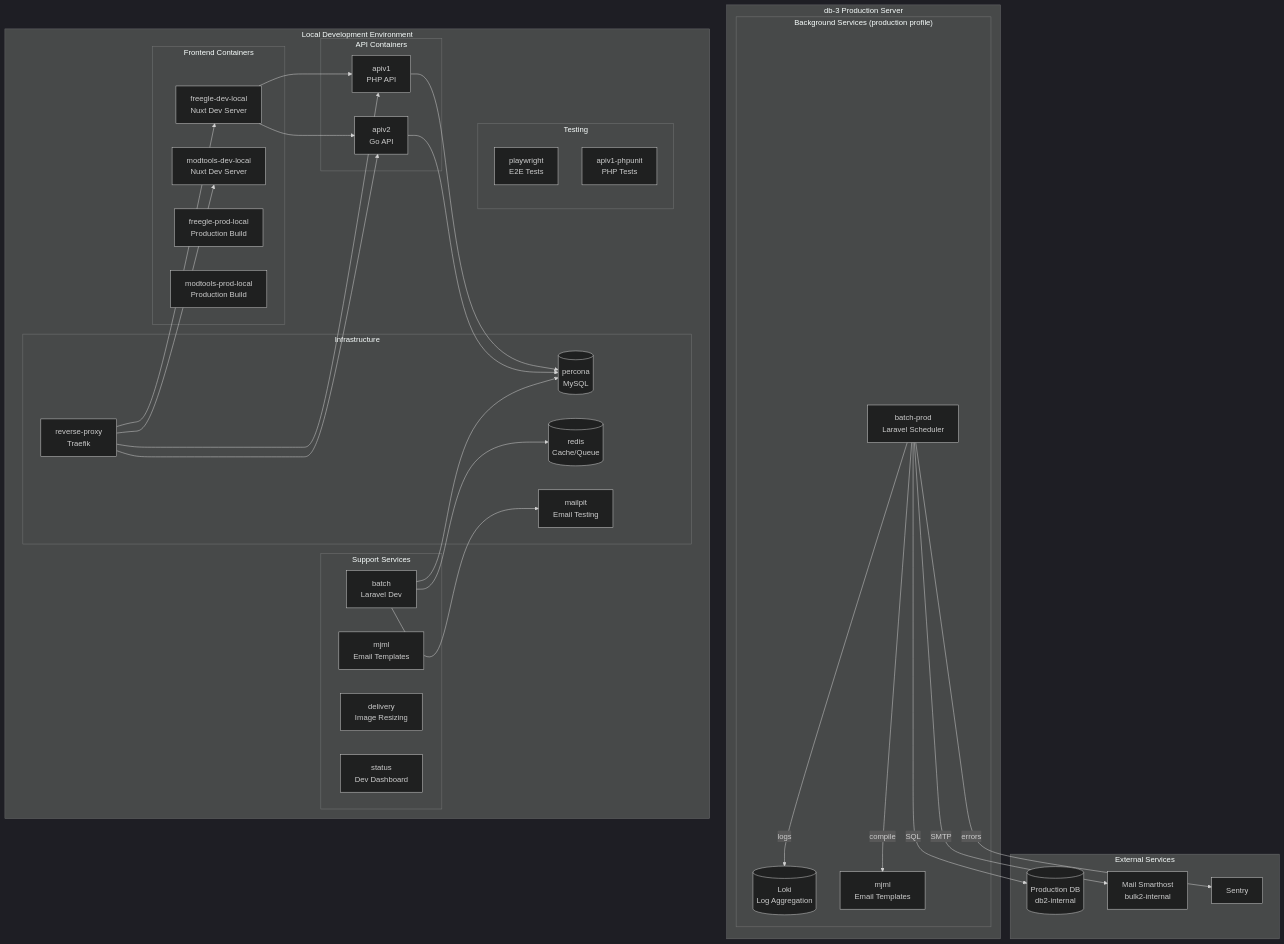
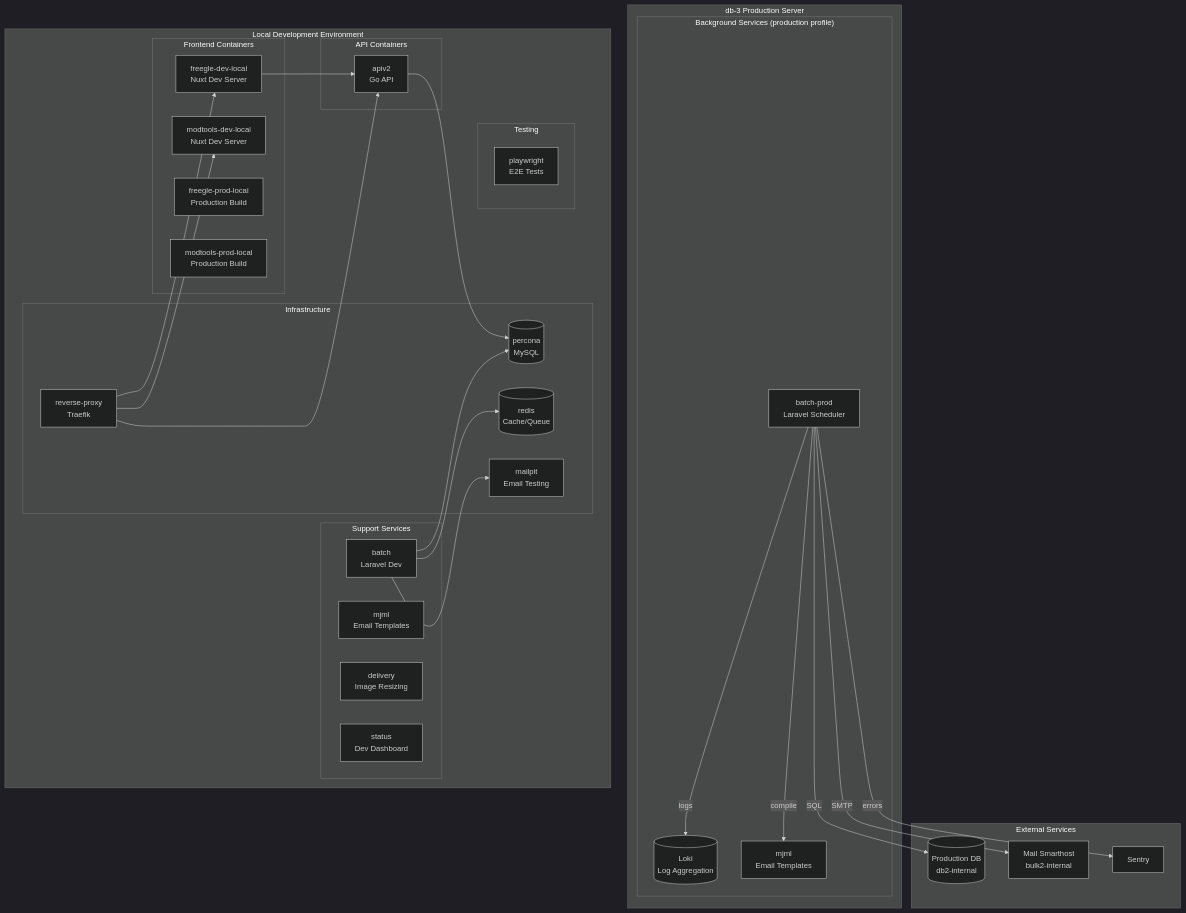
Before and after one commit to Freegle/Iznik: the diagram in docs/developers/reference/architecture.md, drawn with Mermaid (dark theme). The commit also changed other lines of this file and 1 other file, not shown here.

Commit message:
docs: fix stale apiv1 references (v1 removed) in moved reference docs
apiv1 and iznik-server are gone from the repo (no apiv1 service in
docker-compose.yml, no iznik-server/ dir). Update the moved architecture
reference: drop apiv1 and apiv1-phpunit from the container diagram, the
container table and the request-flow line; and drop the stale "in apiv1
container" qualifier from the coding-standards tool list.

Left untouched deliberately: mobile-app.md's references to the *production* V1
API (fdapilive), which may still be live for the app and are not verifiable
from the repo; and legitimately-historical mentions (Loki's own /api/v1,
V1-parity design rationale in the read/write-split doc, and trashnothing.md
which already notes the migration).

Claude-Session: https://claude.ai/code/session_01L3VgD1vna2q5BYQYwnxiaT

````diff
--- a/docs/developers/reference/architecture.md
+++ b/docs/developers/reference/architecture.md
@@ -18,68 +18,63 @@
 ```mermaid
 graph TB
     subgraph "External Services"
         PROD_DB[(Production DB<br/>db2-internal)]
         MAIL_HOST[Mail Smarthost<br/>bulk2-internal]
         SENTRY[Sentry]
     end
 
     subgraph "db-3 Production Server"
         subgraph "Background Services (production profile)"
             BATCH_PROD[batch-prod<br/>Laravel Scheduler]
             LOKI[(Loki<br/>Log Aggregation)]
             MJML_PROD[mjml<br/>Email Templates]
         end
 
         BATCH_PROD -->|logs| LOKI
         BATCH_PROD -->|SQL| PROD_DB
         BATCH_PROD -->|SMTP| MAIL_HOST
         BATCH_PROD -->|errors| SENTRY
         BATCH_PROD -->|compile| MJML_PROD
     end
 
     subgraph "Local Development Environment"
         subgraph "Frontend Containers"
             FREEGLE_DEV[freegle-dev-local<br/>Nuxt Dev Server]
             MODTOOLS_DEV[modtools-dev-local<br/>Nuxt Dev Server]
             FREEGLE_PROD[freegle-prod-local<br/>Production Build]
             MODTOOLS_PROD[modtools-prod-local<br/>Production Build]
         end
 
         subgraph "API Containers"
-            APIV1[apiv1<br/>PHP API]
             APIV2[apiv2<br/>Go API]
         end
 
         subgraph "Infrastructure"
             TRAEFIK[reverse-proxy<br/>Traefik]
             PERCONA[(percona<br/>MySQL)]
             REDIS[(redis<br/>Cache/Queue)]
             MAILPIT[mailpit<br/>Email Testing]
         end
 
         subgraph "Support Services"
             BATCH[batch<br/>Laravel Dev]
             MJML[mjml<br/>Email Templates]
             DELIVERY[delivery<br/>Image Resizing]
             STATUS[status<br/>Dev Dashboard]
         end
 
         subgraph "Testing"
             PLAYWRIGHT[playwright<br/>E2E Tests]
-            PHPUNIT[apiv1-phpunit<br/>PHP Tests]
         end
 
         TRAEFIK --> FREEGLE_DEV
         TRAEFIK --> MODTOOLS_DEV
-        TRAEFIK --> APIV1
         TRAEFIK --> APIV2
 
-        FREEGLE_DEV --> APIV1
         FREEGLE_DEV --> APIV2
-        APIV1 --> PERCONA
         APIV2 --> PERCONA
         BATCH --> PERCONA
         BATCH --> REDIS
         BATCH --> MAILPIT
     end
 ```
````
